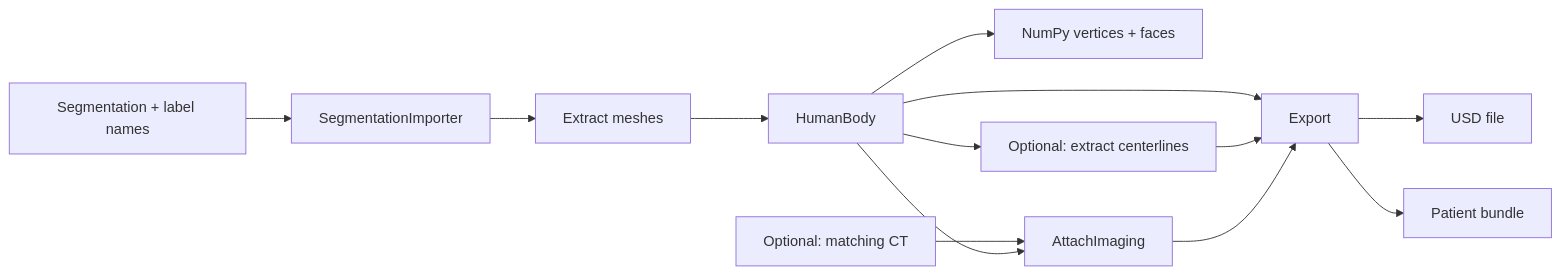
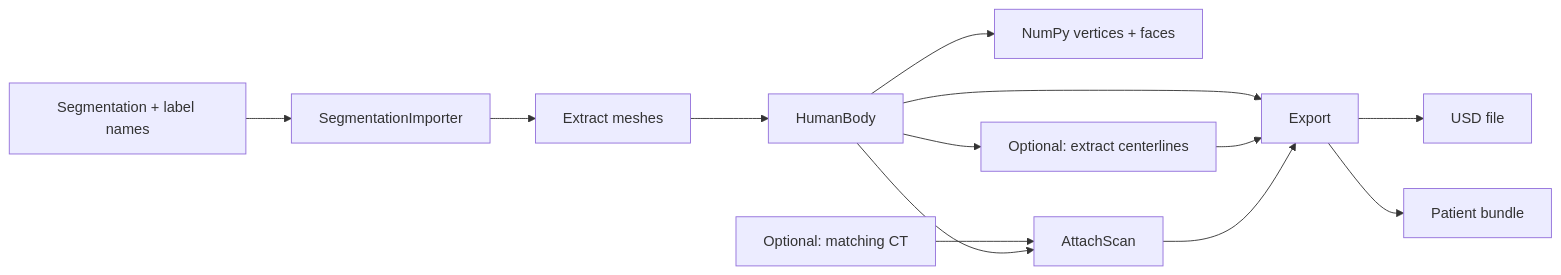
The first of 2 diagrams in patient-digital-twin/README.md (isaac-for-healthcare/i4h-digital-twin), drawn with Mermaid before and after one commit. The commit also changed other lines of this file and 27 other files, not shown here.

````diff
--- a/patient-digital-twin/README.md
+++ b/patient-digital-twin/README.md
@@ -6,14 +6,14 @@
 ```mermaid
 flowchart LR
     S["Segmentation + label names"] --> I["SegmentationImporter"]
     I --> M["Extract meshes"] --> B["HumanBody"]
     B --> A["NumPy vertices + faces"]
     B --> C["Optional: extract centerlines"]
-    T["Optional: matching CT"] --> V["AttachImaging"]
+    T["Optional: matching CT"] --> V["AttachScan"]
     B --> V
     B --> E["Export"]
     C --> E
     V --> E
     E --> U["USD file"]
     E --> W["Patient bundle"]
 ```
````
